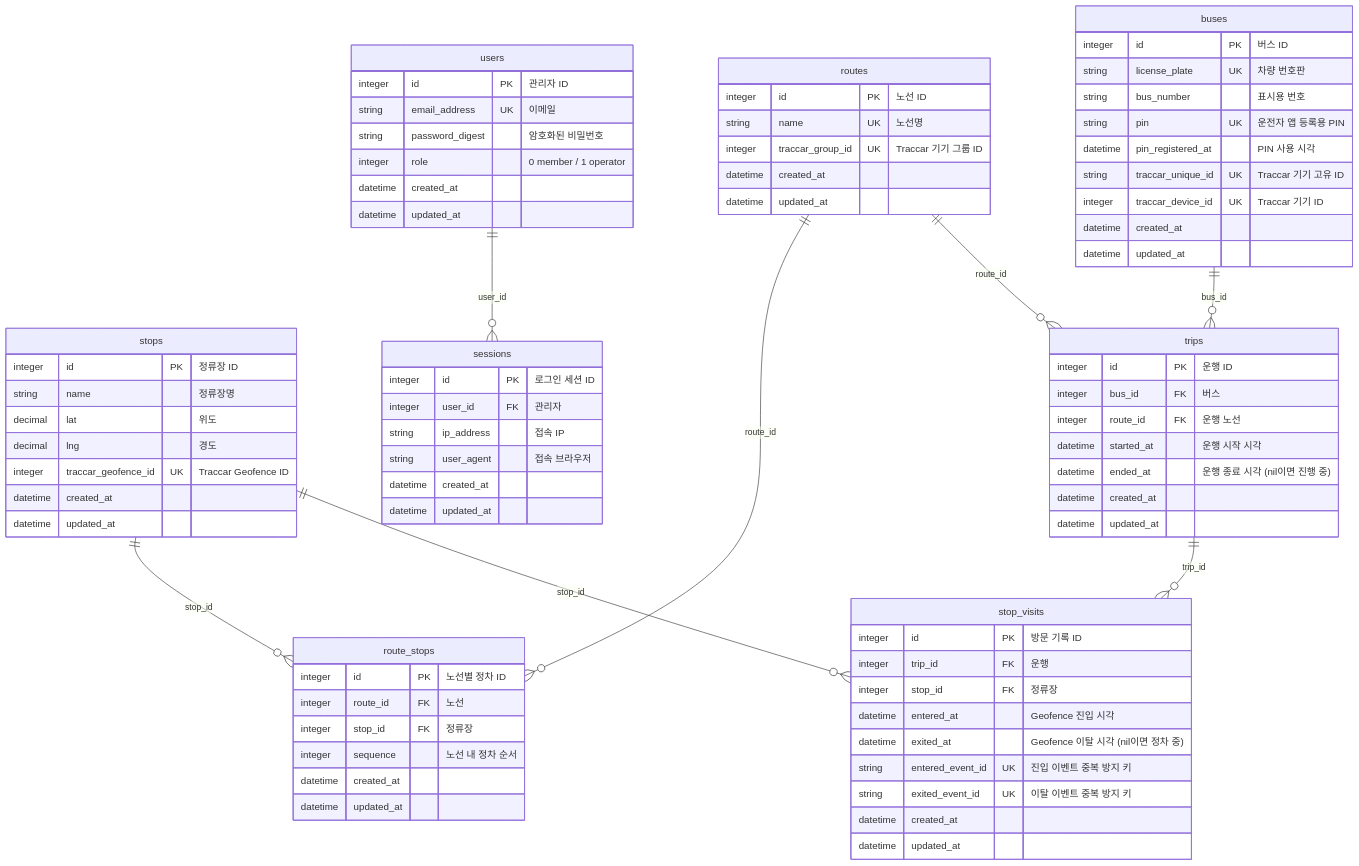
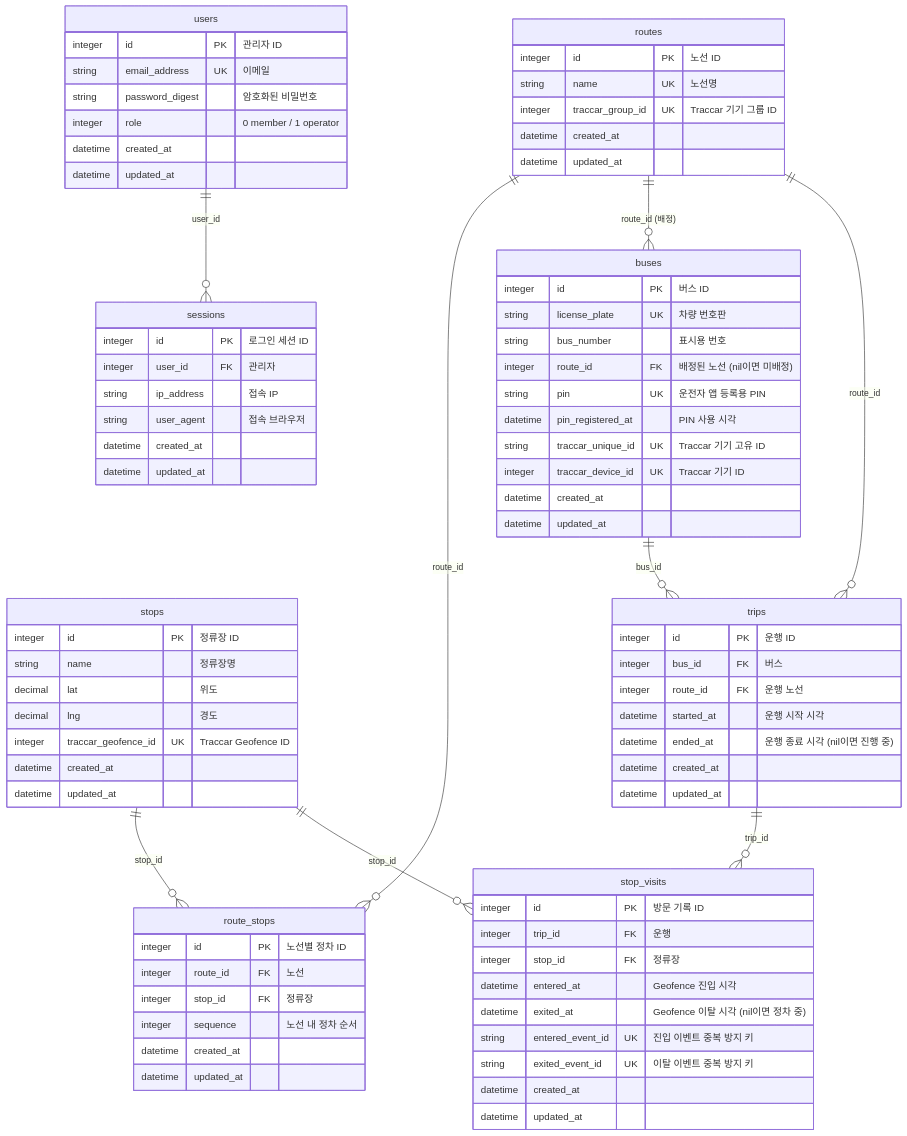
One commit to Code-for-Korea/where-is-my-bus changed the diagram in docs/design-event-driven-rewrite.md. Above: the diagram before and after it, drawn with Mermaid. The commit also changed other lines of this file and 38 other files, not shown here.

```diff
--- a/docs/design-event-driven-rewrite.md
+++ b/docs/design-event-driven-rewrite.md
@@ -35,6 +36,7 @@
 erDiagram
     routes ||--o{ route_stops : "route_id"
     stops  ||--o{ route_stops : "stop_id"
+    routes ||--o{ buses : "route_id (배정)"
     buses  ||--o{ trips : "bus_id"
     routes ||--o{ trips : "route_id"
     trips  ||--o{ stop_visits : "trip_id"
@@ -69,6 +71,7 @@
         integer id PK "버스 ID"
         string license_plate UK "차량 번호판"
         string bus_number "표시용 번호"
+        integer route_id FK "배정된 노선 (nil이면 미배정)"
         string pin UK "운전자 앱 등록용 PIN"
         datetime pin_registered_at "PIN 사용 시각"
         string traccar_unique_id UK "Traccar 기기 고유 ID"
```
